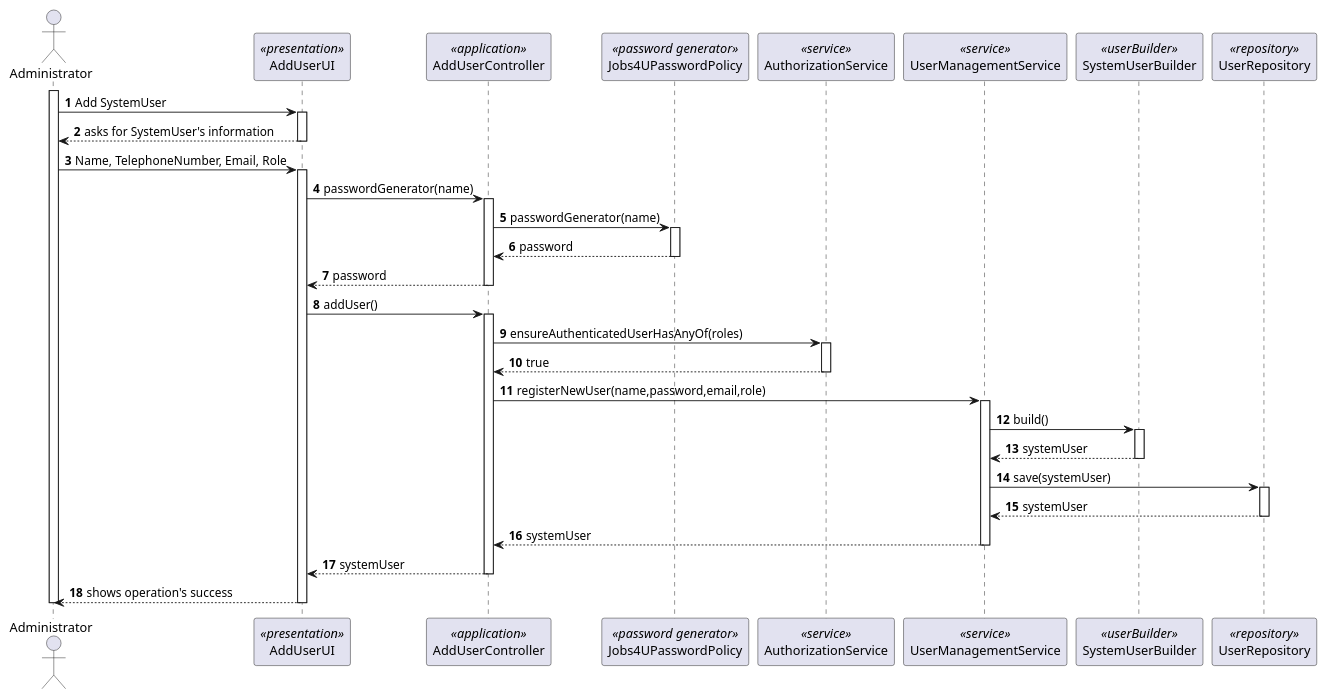
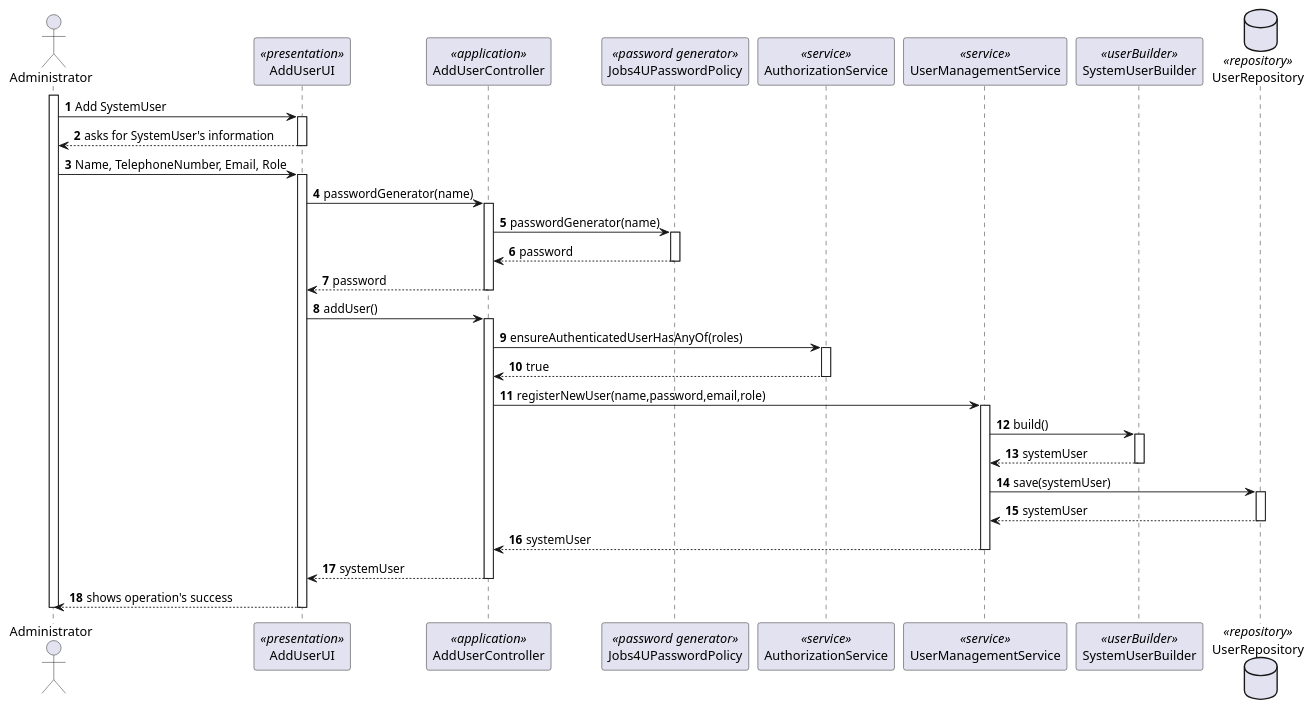
Before and after one commit to MiguelCardoso77/LAPR4: the diagram in docs/SprintB/1000/1000-sequence-diagram-addUser.puml, drawn with PlantUML. The commit also changed 3 other files, not shown here.

Commit message:
#8 sequence diagram overview

```diff
--- a/docs/SprintB/1000/1000-sequence-diagram-addUser.puml
+++ b/docs/SprintB/1000/1000-sequence-diagram-addUser.puml
@@ -1,94 +1,93 @@
 @startuml
 autonumber
-
 
 actor Administrator
 
 participant AddUserUI <<presentation>>
 participant AddUserController<<application>>
 participant Jobs4UPasswordPolicy <<password generator>>
 participant AuthorizationService <<service>>
 participant UserManagementService <<service>>
 participant SystemUserBuilder <<userBuilder>>
-participant UserRepository <<repository>>
+database UserRepository <<repository>>
 
 
 
 
 activate Administrator
 
 
     Administrator -> AddUserUI: Add SystemUser
 
         activate AddUserUI
 
     AddUserUI --> Administrator: asks for SystemUser's information
 
         deactivate AddUserUI
 
     Administrator -> AddUserUI: Name, TelephoneNumber, Email, Role
 
         activate AddUserUI
 
     AddUserUI -> AddUserController: passwordGenerator(name)
 
         activate AddUserController
 
     AddUserController -> Jobs4UPasswordPolicy: passwordGenerator(name)
 
         activate Jobs4UPasswordPolicy
 
     Jobs4UPasswordPolicy --> AddUserController: password
 
         deactivate Jobs4UPasswordPolicy
 
     AddUserController --> AddUserUI: password
 
         deactivate AddUserController
 
     AddUserUI -> AddUserController: addUser()
 
         activate AddUserController
 
     AddUserController -> AuthorizationService: ensureAuthenticatedUserHasAnyOf(roles)
 
         activate AuthorizationService
 
     AuthorizationService --> AddUserController: true
 
         deactivate AuthorizationService
 
     AddUserController -> UserManagementService: registerNewUser(name,password,email,role)
 
         activate UserManagementService
 
     UserManagementService -> SystemUserBuilder: build()
         activate SystemUserBuilder
 
     SystemUserBuilder --> UserManagementService: systemUser
 
         deactivate SystemUserBuilder
 
     UserManagementService -> UserRepository: save(systemUser)
 
         activate UserRepository
 
     UserRepository --> UserManagementService: systemUser
 
         deactivate UserRepository
 
     UserManagementService --> AddUserController: systemUser
 
         deactivate UserManagementService
 
     AddUserController --> AddUserUI: systemUser
 
         deactivate AddUserController
 
     AddUserUI --> Administrator : shows operation's success
 
         deactivate AddUserUI
 
         deactivate Administrator
 
 @enduml
```
